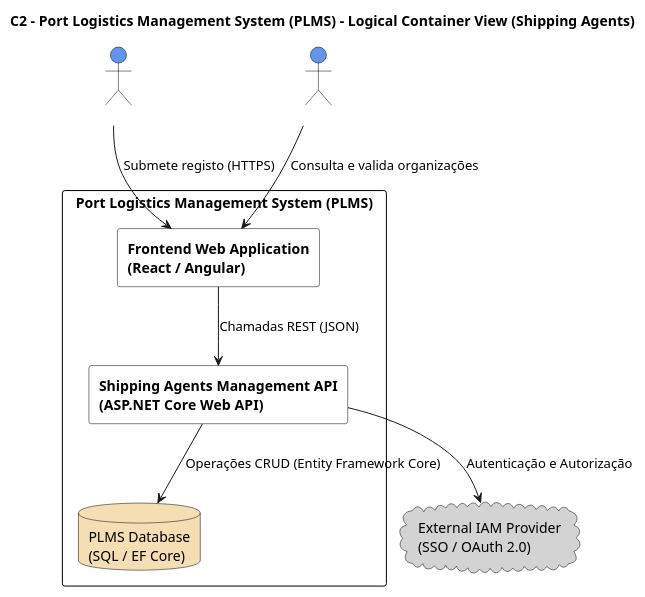
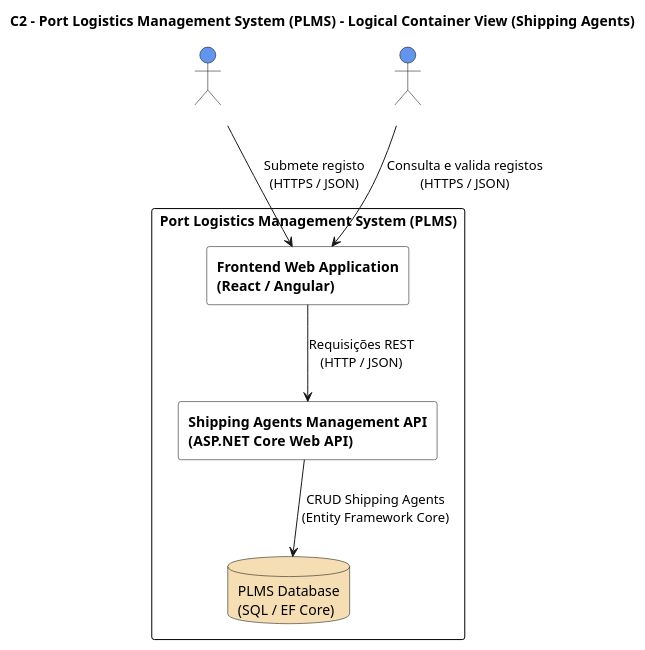
One commit to Departamento-de-Engenharia-Informatica/LEI-SEM5-PI-2025-26-3DM-03 changed the diagram in Docs/Sprint A/US 2.2.5/Modelo c4/C2_Logica.puml. Above: the diagram before and after it, drawn with PlantUML. The commit also changed 11 other files, not shown here.

```diff
--- a/Docs/Sprint A/US 2.2.5/Modelo c4/C2_Logica.puml
+++ b/Docs/Sprint A/US 2.2.5/Modelo c4/C2_Logica.puml
@@ -1,47 +1,38 @@
 @startuml C2_Register_ShippingAgents_Logical_View
 title C2 – Port Logistics Management System (PLMS) – Logical Container View (Shipping Agents)
 
 skinparam rectangle {
   BackgroundColor White
   BorderColor Black
   FontColor Black
   FontStyle bold
 }
 skinparam database {
   BackgroundColor Wheat
   BorderColor Black
   FontColor Black
 }
-skinparam cloud {
-  BackgroundColor LightGray
-  BorderColor Black
-  FontColor Black
-}
 skinparam actor {
   BackgroundColor CornflowerBlue
   FontColor White
   BorderColor Black
 }
 
 ' === Atores Externos ===
 actor "Organization Representative" as Representative
 actor "Port Authority Officer" as Officer
 
-' === Sistema Externo ===
-cloud "External IAM Provider\n(SSO / OAuth 2.0)" as IAM
-
 ' === Sistema em foco ===
 rectangle "Port Logistics Management System (PLMS)" as PLMS {
   rectangle "Frontend Web Application\n(React / Angular)" as Frontend
   rectangle "Shipping Agents Management API\n(ASP.NET Core Web API)" as API
   database "PLMS Database\n(SQL / EF Core)" as DB
 }
 
 ' === Relações ===
-Representative --> Frontend : Submete registo (HTTPS)
-Officer --> Frontend : Consulta e valida organizações
-Frontend --> API : Chamadas REST (JSON)
-API --> DB : Operações CRUD (Entity Framework Core)
-API --> IAM : Autenticação e Autorização
+Representative --> Frontend : Submete registo\n(HTTPS / JSON)
+Officer --> Frontend : Consulta e valida registos\n(HTTPS / JSON)
+Frontend --> API : Requisições REST\n(HTTP / JSON)
+API --> DB : CRUD Shipping Agents\n(Entity Framework Core)
 
 @enduml
```
